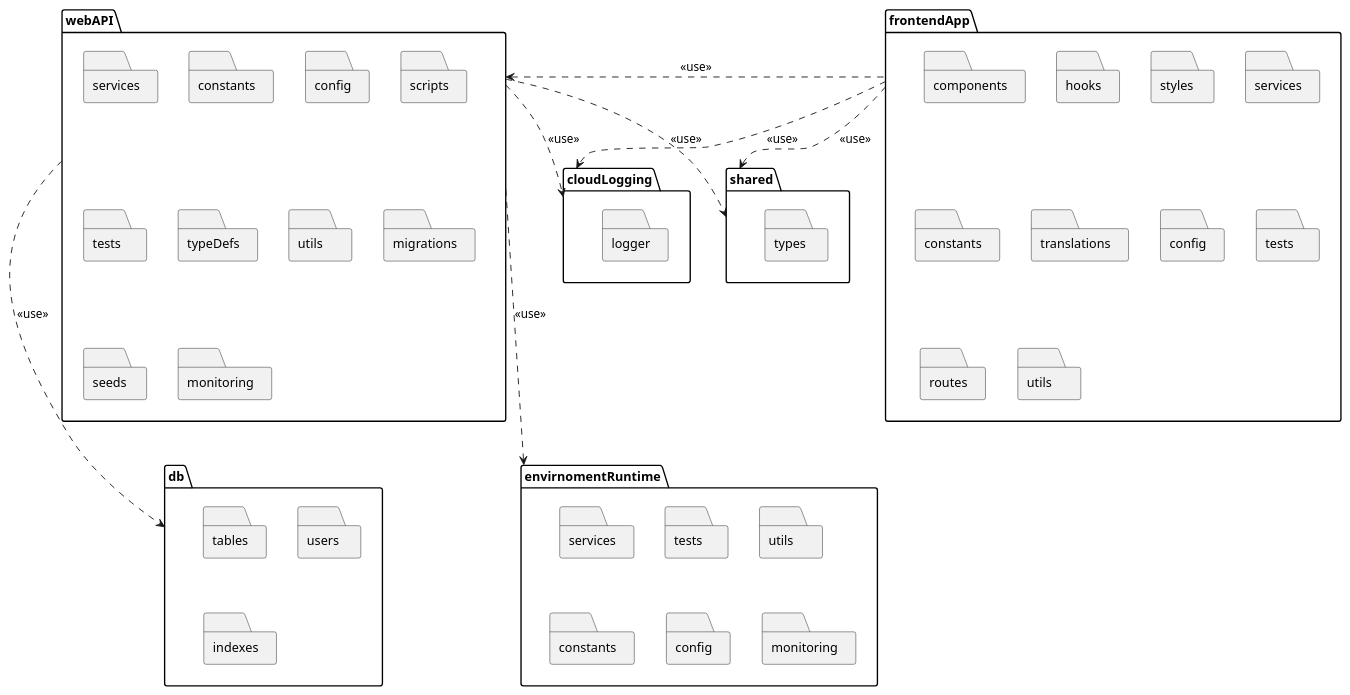
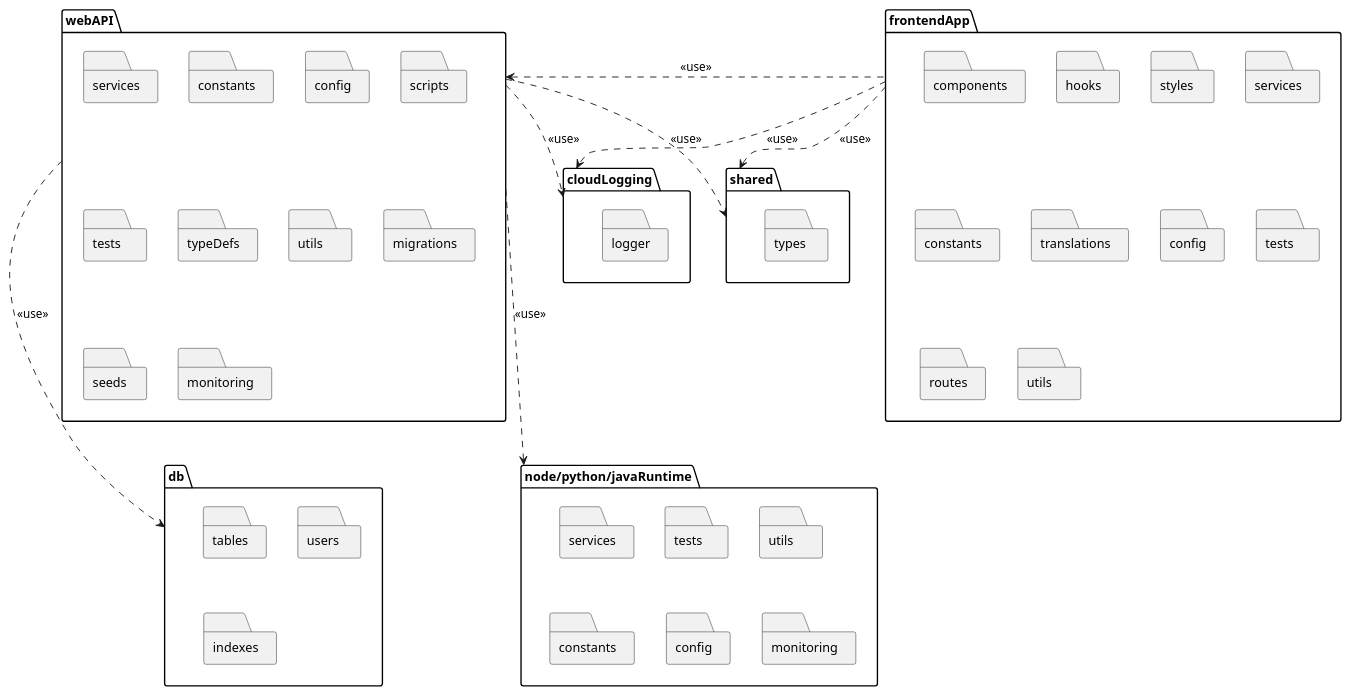
One commit to pehovorka/4IT575_architektury_docs changed the diagram in assets/diagrams/src/soa/packages.puml. Above: the diagram before and after it, drawn with PlantUML. The commit also changed 3 other files, not shown here.

```diff
--- a/assets/diagrams/src/soa/packages.puml
+++ b/assets/diagrams/src/soa/packages.puml
@@ -1,65 +1,65 @@
 @startuml
 package "frontendApp" as frontendApp {
     folder components as FEComponents
     folder hooks as hooks
     folder styles as styles
     folder services as FEServices
     folder constants as FEConstants
     folder translations as translations
     folder config as FEConfig
     folder tests as FETests
     folder routes as FERoutes
     folder utils as FEUtils
 }
 
 package "webAPI" as apiApp {
     folder services as BEServices
     folder constants as BEConstants
     folder config as BEConfig
     folder scripts as scripts
     folder tests as BETests
     folder typeDefs as typeDefs
     folder utils as BEUtils
     folder migrations as migrations
     folder seeds as seeds
     folder monitoring as BEMonitoring
 }
 
-package "envirnomentRuntime" as envRuntime {
+package "node/python/javaRuntime" as envRuntime {
     folder services as runtimeServices
     folder tests as runtimeTests
     folder utils as runtimeUtils
     folder constants as runtimeConstants
     folder config as runtimeConfig
     folder monitoring as runtimeMonitoring
 }
 
 package "shared" as sharedRepo {
     folder types
 }
 
 package "db" as db {
     folder tables
     folder users
     folder indexes
 }
 
 package "cloudLogging" as logging {
     folder logger
 }
 
 
 frontendApp ..> sharedRepo: <<use>>
 apiApp ..> sharedRepo: <<use>>
 
 frontendApp ..> logging: <<use>>
 apiApp ..> logging: <<use>>
 
 apiApp ..> db: <<use>>
 
 frontendApp .up.> apiApp: <<use>>
 
 apiApp .right.> envRuntime: <<use>>
 
 
 @enduml
```
